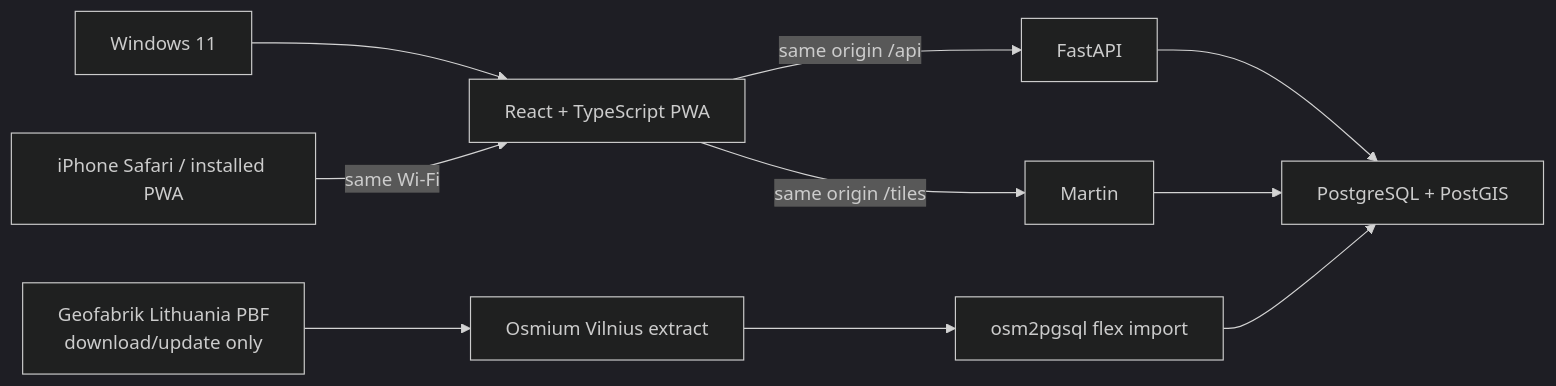
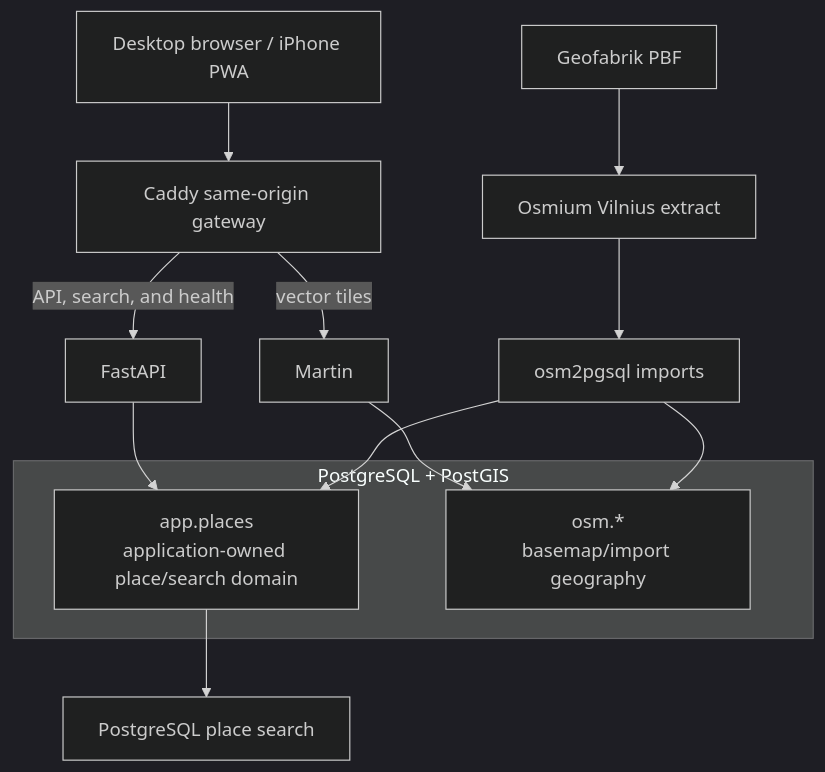
The diagram in README.md (Umar3331/Map), drawn with Mermaid (dark theme) before and after one commit. The commit also changed other lines of this file and 3 other files, not shown here.

````diff
--- a/README.md
+++ b/README.md
@@ -24,12 +35,20 @@
 ```mermaid
-flowchart LR
-    W["Windows 11"] --> P["React + TypeScript PWA"]
-    P -->|"same origin /api"| A["FastAPI"]
-    P -->|"same origin /tiles"| T["Martin"]
-    A --> D["PostgreSQL + PostGIS"]
-    T --> D
-    O["Geofabrik Lithuania PBF<br/>download/update only"] --> X["Osmium Vilnius extract"]
-    X --> G["osm2pgsql flex import"]
-    G --> D
-    I["iPhone Safari / installed PWA"] -->|"same Wi-Fi"| P
+flowchart TB
+    U["Desktop browser / iPhone PWA"] --> C["Caddy same-origin gateway"]
+    C -->|"API, search, and health"| A["FastAPI"]
+    C -->|"vector tiles"| M["Martin"]
+
+    subgraph DB["PostgreSQL + PostGIS"]
+        APP["app.places<br/>application-owned place/search domain"]
+        OSM["osm.*<br/>basemap/import geography"]
+    end
+
+    A --> APP
+    M --> OSM
+    APP --> S["PostgreSQL place search"]
+
+    PBF["Geofabrik PBF"] --> O["Osmium Vilnius extract"]
+    O --> IMP["osm2pgsql imports"]
+    IMP --> OSM
+    IMP --> APP
 ```
````
